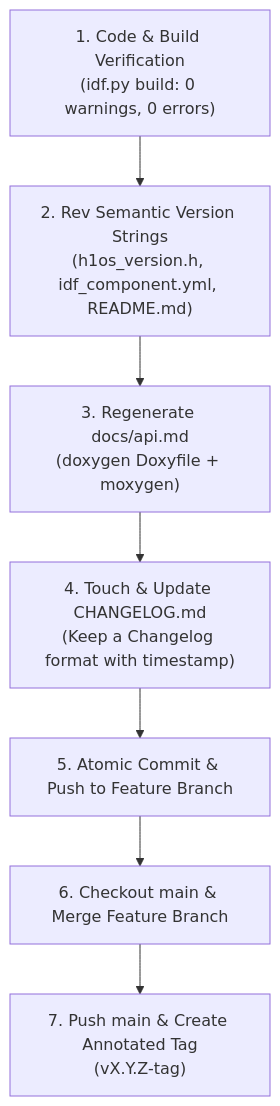
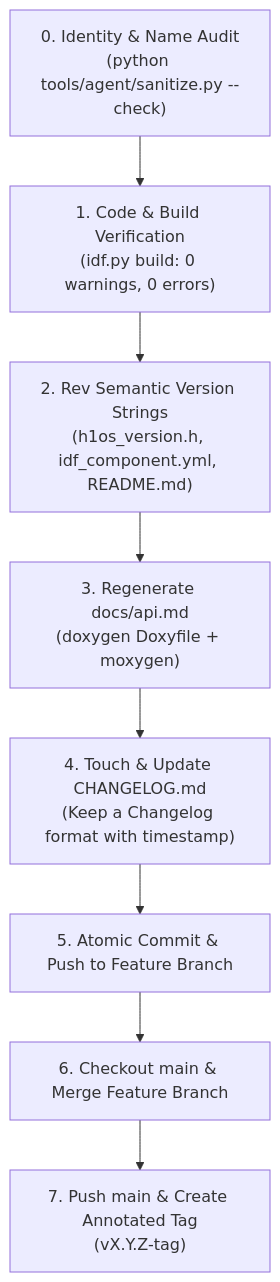
Before and after one commit to Humidyne-Labs/H1OS: the diagram in .agents/rules/main-merge.md, drawn with Mermaid. The commit also changed other lines of this file and 71 other files, not shown here.

First line of the commit message:
agent audit, v2.4.4 (builds, not tested)

````diff
--- a/.agents/rules/main-merge.md
+++ b/.agents/rules/main-merge.md
@@ -13,9 +13,10 @@
 ```mermaid
 flowchart TD
+    A0["0. Identity & Name Audit\n(python tools/agent/sanitize.py --check)"] --> A["1. Code & Build Verification\n(idf.py build: 0 warnings, 0 errors)"]
     A["1. Code & Build Verification\n(idf.py build: 0 warnings, 0 errors)"] --> B["2. Rev Semantic Version Strings\n(h1os_version.h, idf_component.yml, README.md)"]
     B --> C["3. Regenerate docs/api.md\n(doxygen Doxyfile + moxygen)"]
     C --> D["4. Touch & Update CHANGELOG.md\n(Keep a Changelog format with timestamp)"]
     D --> E["5. Atomic Commit & Push to Feature Branch"]
     E --> F["6. Checkout main & Merge Feature Branch"]
     F --> G["7. Push main & Create Annotated Tag\n(vX.Y.Z-tag)"]
 ```
````
